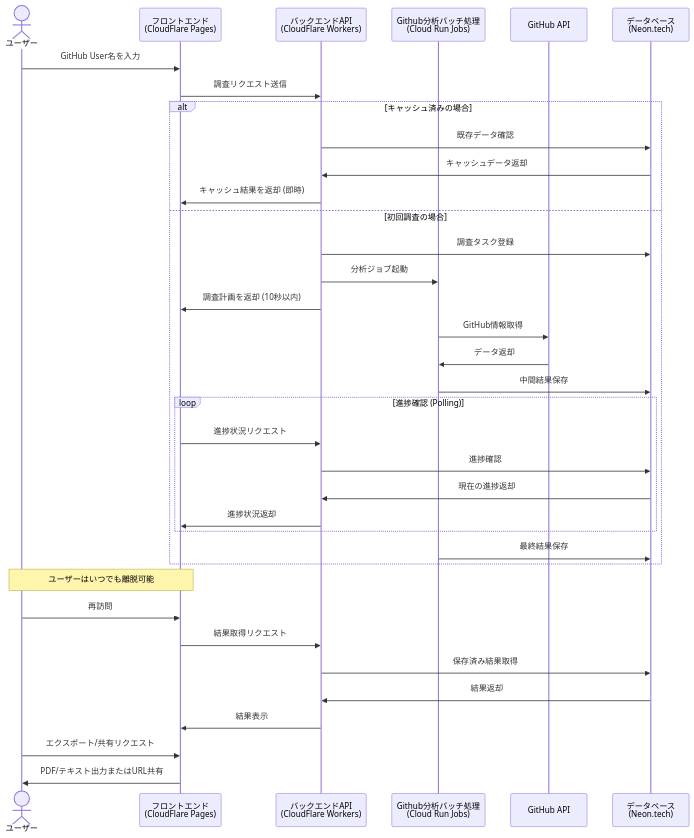
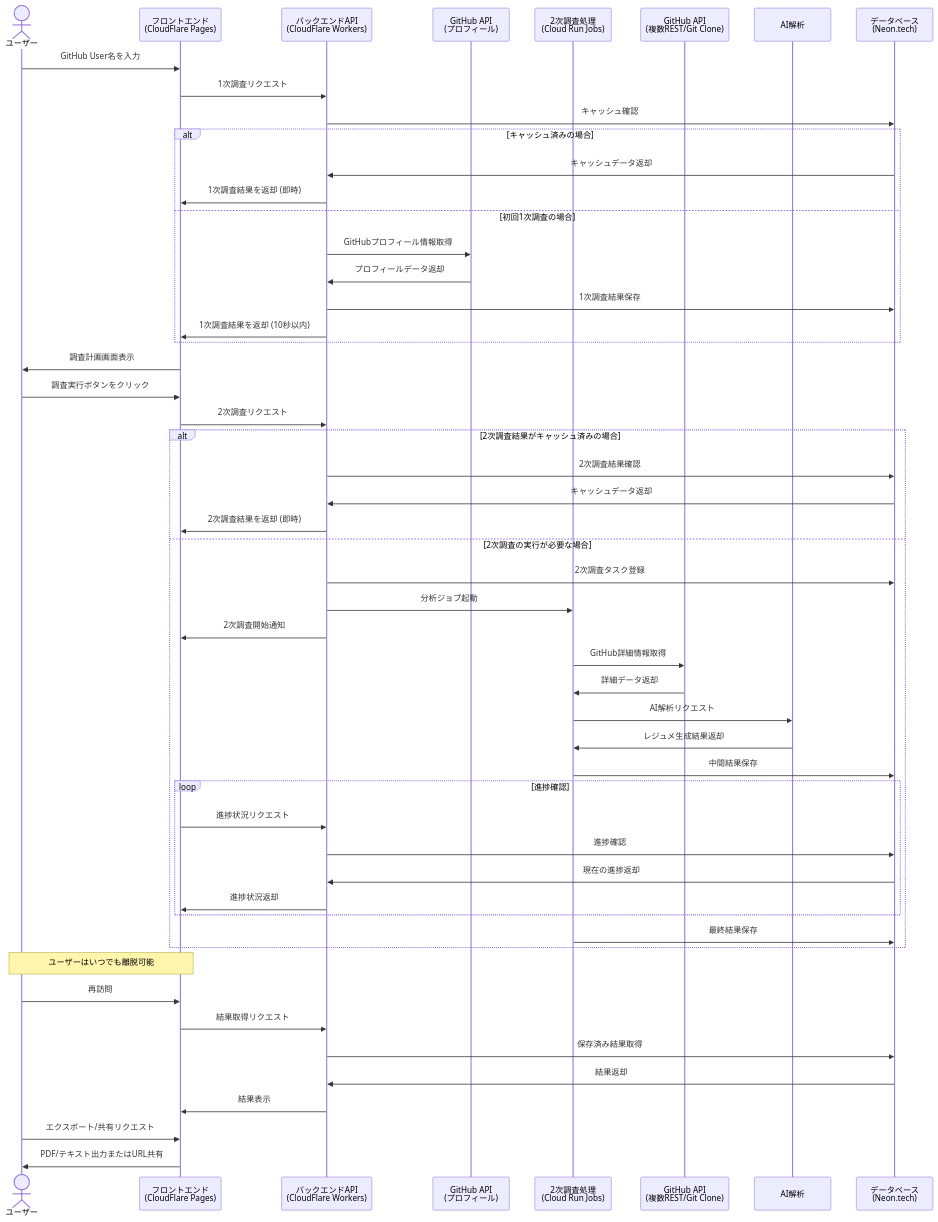
Before and after one commit to ToyB0x/git-resume: the diagram in docs/epic/deep-research-architecture-and-design/README.md, drawn with Mermaid. The commit also changed other lines of this file, not shown here.

Commit message:
feat: update README.md with revised user flow and detailed sequence diagram for GitHub analysis process

````diff
--- a/docs/epic/deep-research-architecture-and-design/README.md
+++ b/docs/epic/deep-research-architecture-and-design/README.md
@@ -75,46 +103,74 @@
 ```mermaid
 sequenceDiagram
     actor User as ユーザー
     participant FE as フロントエンド<br>(CloudFlare Pages)
     participant BE as バックエンドAPI<br>(CloudFlare Workers)
-    participant Job as Github分析バッチ処理<br>(Cloud Run Jobs)
-    participant GH as GitHub API
+    participant GH1 as GitHub API<br>(プロフィール)
+    participant Job as 2次調査処理<br>(Cloud Run Jobs)
+    participant GH2 as GitHub API<br>(複数REST/Git Clone)
+    participant AI as AI解析
     participant DB as データベース<br>(Neon.tech)
     
     User->>FE: GitHub User名を入力
-    FE->>BE: 調査リクエスト送信
+    
+    %% 1次調査（10秒以内）
+    FE->>BE: 1次調査リクエスト
+    BE->>DB: キャッシュ確認
     
     alt キャッシュ済みの場合
-        BE->>DB: 既存データ確認
         DB->>BE: キャッシュデータ返却
-        BE->>FE: キャッシュ結果を返却 (即時)
-    else 初回調査の場合
-        BE->>DB: 調査タスク登録
+        BE->>FE: 1次調査結果を返却 (即時)
+    else 初回1次調査の場合
+        BE->>GH1: GitHubプロフィール情報取得
+        GH1->>BE: プロフィールデータ返却
+        BE->>DB: 1次調査結果保存
+        BE->>FE: 1次調査結果を返却 (10秒以内)
+    end
+    
+    %% 調査計画表示
+    FE->>User: 調査計画画面表示
+    
+    %% 2次調査（重い処理）
+    User->>FE: 調査実行ボタンをクリック
+    FE->>BE: 2次調査リクエスト
+    
+    alt 2次調査結果がキャッシュ済みの場合
+        BE->>DB: 2次調査結果確認
+        DB->>BE: キャッシュデータ返却
+        BE->>FE: 2次調査結果を返却 (即時)
+    else 2次調査の実行が必要な場合
+        BE->>DB: 2次調査タスク登録
         BE->>Job: 分析ジョブ起動
-        BE->>FE: 調査計画を返却 (10秒以内)
+        BE->>FE: 2次調査開始通知
         
-        Job->>GH: GitHub情報取得
-        GH->>Job: データ返却
+        %% バックグラウンド処理
+        Job->>GH2: GitHub詳細情報取得
+        GH2->>Job: 詳細データ返却
+        Job->>AI: AI解析リクエスト
+        AI->>Job: レジュメ生成結果返却
         Job->>DB: 中間結果保存
         
-        loop 進捗確認 (Polling)
+        %% 進捗確認（Polling）
+        loop 進捗確認
             FE->>BE: 進捗状況リクエスト
             BE->>DB: 進捗確認
             DB->>BE: 現在の進捗返却
             BE->>FE: 進捗状況返却
         end
         
         Job->>DB: 最終結果保存
     end
     
+    %% ユーザーの離脱と再訪問
     Note over User,FE: ユーザーはいつでも離脱可能
     
     User->>FE: 再訪問
     FE->>BE: 結果取得リクエスト
     BE->>DB: 保存済み結果取得
     DB->>BE: 結果返却
     BE->>FE: 結果表示
     
+    %% エクスポートと共有
     User->>FE: エクスポート/共有リクエスト
     FE->>User: PDF/テキスト出力またはURL共有
 ```
````
